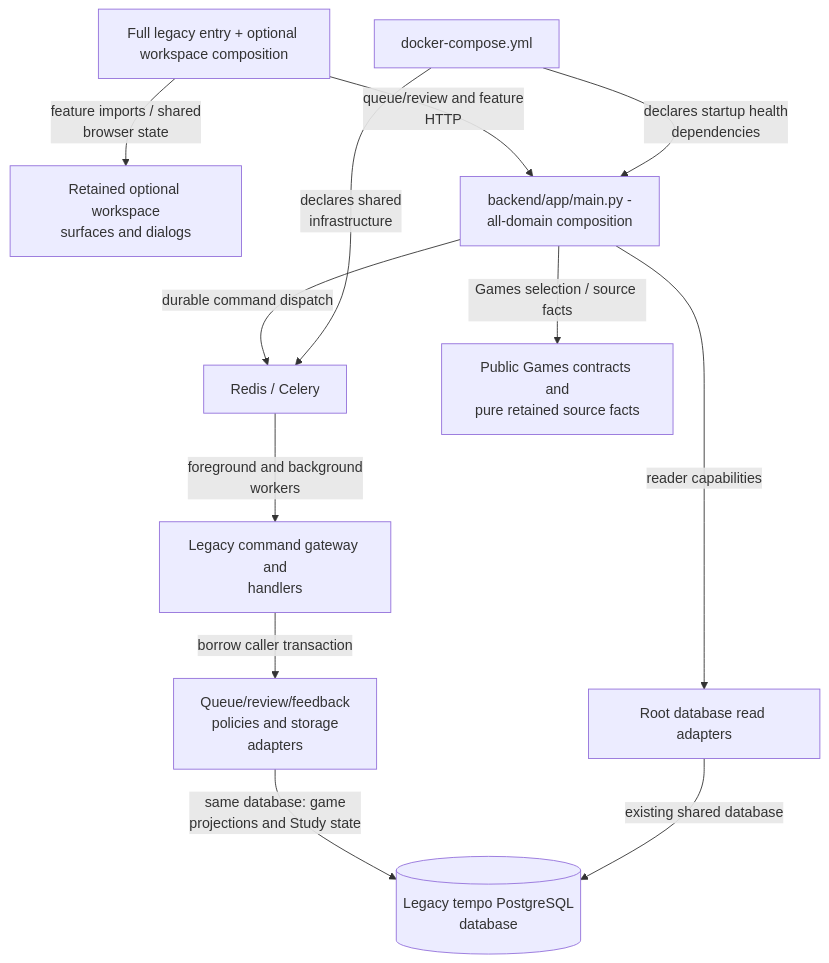
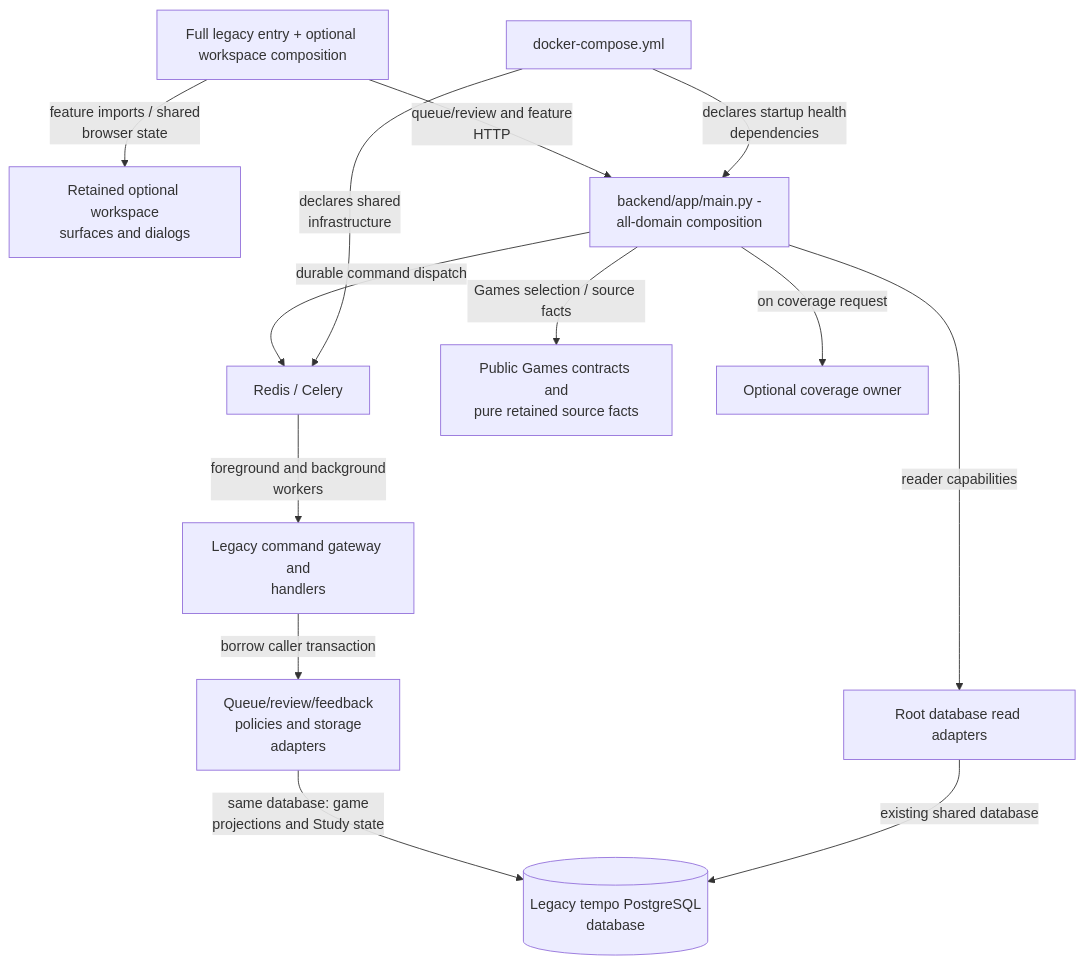
One commit to aaweaver-actuary/tempo changed the diagram in backend/README.md. Above: the diagram before and after it, drawn with Mermaid. The commit also changed 3 other files, not shown here.

Commit message:
Defer optional coverage implementation at API boundary

````diff
--- a/backend/README.md
+++ b/backend/README.md
@@ -22,14 +22,15 @@
 ```mermaid
 flowchart TB
   Home["Full legacy entry + optional workspace composition"] -->|"feature imports / shared<br/>browser state"| Views["Retained optional workspace<br/>surfaces and dialogs"]
   Home -->|"queue/review and feature<br/>HTTP"| API["backend/app/main.py -<br/>all-domain composition"]
   API -->|"durable command dispatch"| Broker["Redis / Celery"]
   Broker -->|"foreground and background<br/>workers"| Commands["Legacy command gateway and<br/>handlers"]
   Commands -->|"borrow caller transaction"| Policy["Queue/review/feedback<br/>policies and storage<br/>adapters"]
   Policy -->|"same database: game<br/>projections and Study state"| DB[("Legacy tempo PostgreSQL<br/>database")]
   API -->|"Games selection / source facts"| Facts["Public Games contracts and<br/>pure retained source facts"]
+  API -->|"on coverage request"| Coverage["Optional coverage owner"]
   API -->|"reader capabilities"| ReadStorage["Root database read adapters"]
   ReadStorage -->|"existing shared database"| DB
   Compose["docker-compose.yml"] -->|"declares startup health<br/>dependencies"| API
   Compose -->|"declares shared<br/>infrastructure"| Broker
 ```
````
